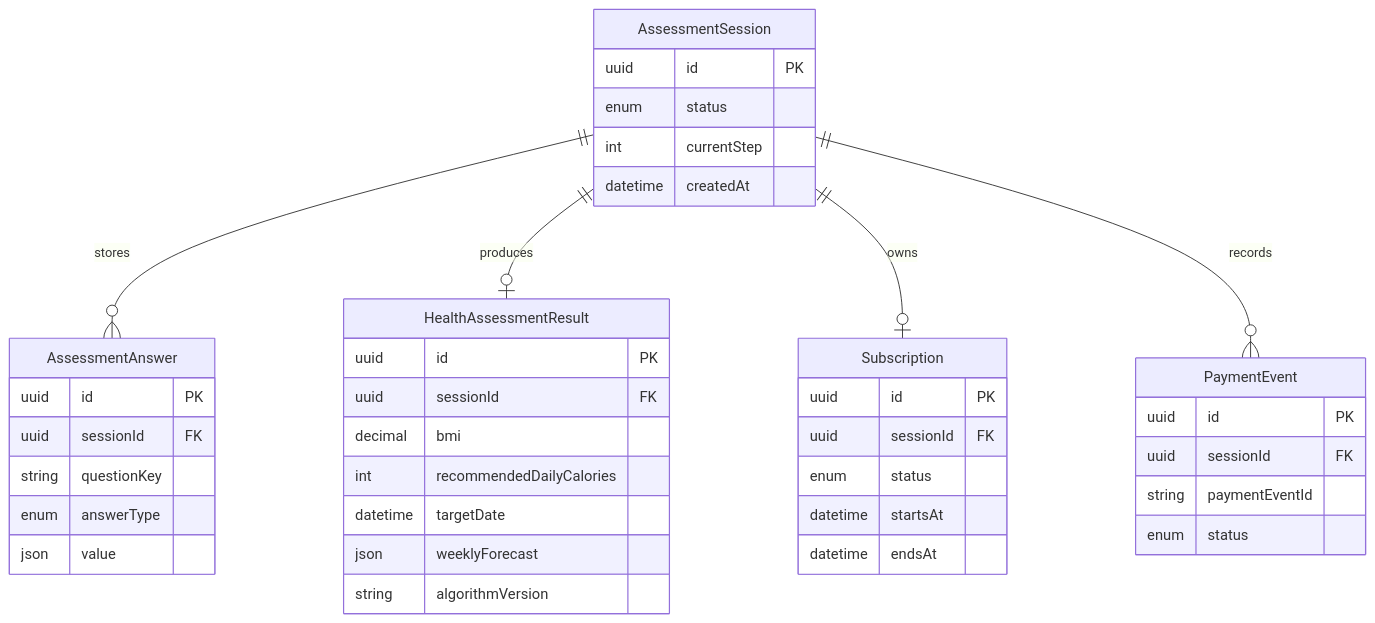
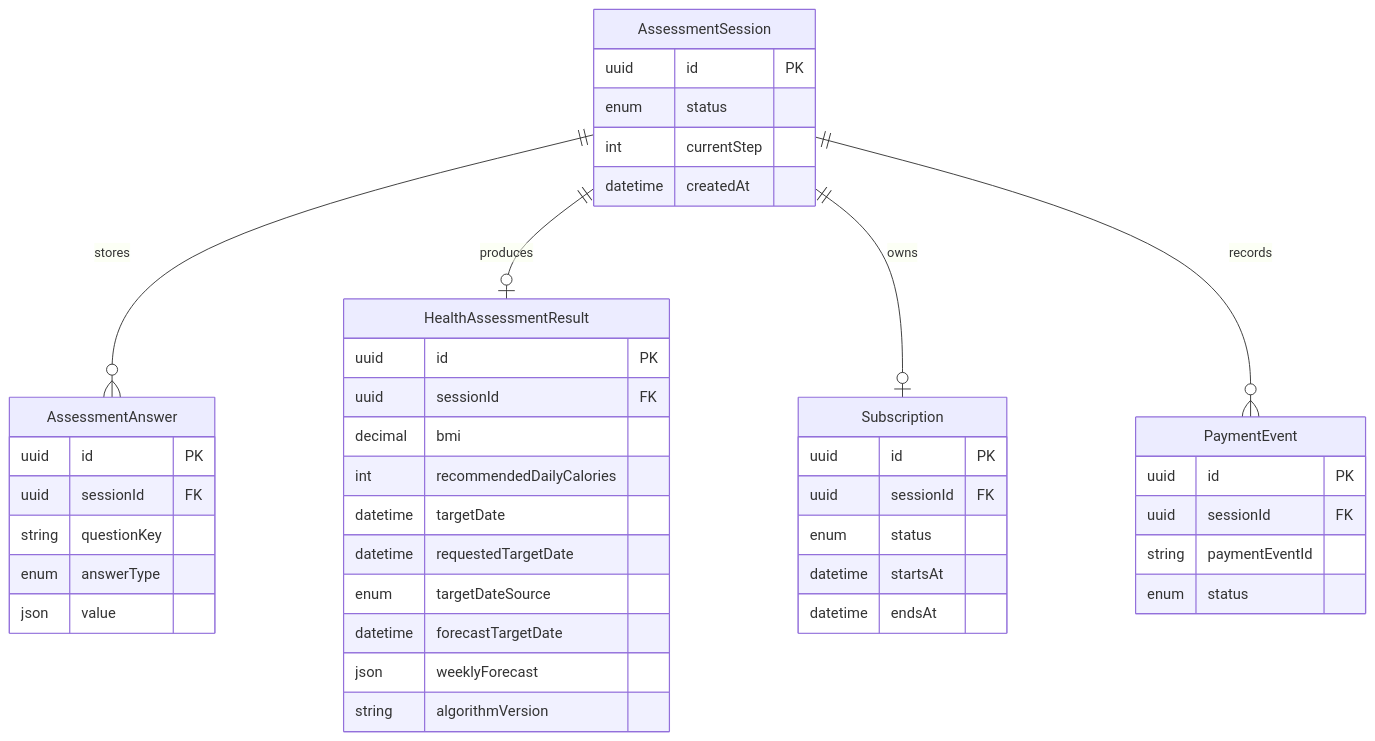
Before and after one commit to szyzed1128/health-assessment-funnel: the diagram in README.md, drawn with Mermaid. The commit also changed other lines of this file and 44 other files, not shown here.

````diff
--- a/README.md
+++ b/README.md
@@ -106,43 +115,46 @@
 ```mermaid
 erDiagram
   AssessmentSession ||--o{ AssessmentAnswer : stores
   AssessmentSession ||--o| HealthAssessmentResult : produces
   AssessmentSession ||--o| Subscription : owns
   AssessmentSession ||--o{ PaymentEvent : records
 
   AssessmentSession {
     uuid id PK
     enum status
     int currentStep
     datetime createdAt
   }
   AssessmentAnswer {
     uuid id PK
     uuid sessionId FK
     string questionKey
     enum answerType
     json value
   }
   HealthAssessmentResult {
     uuid id PK
     uuid sessionId FK
     decimal bmi
     int recommendedDailyCalories
     datetime targetDate
+    datetime requestedTargetDate
+    enum targetDateSource
+    datetime forecastTargetDate
     json weeklyForecast
     string algorithmVersion
   }
   Subscription {
     uuid id PK
     uuid sessionId FK
     enum status
     datetime startsAt
     datetime endsAt
   }
   PaymentEvent {
     uuid id PK
     uuid sessionId FK
     string paymentEventId
     enum status
   }
 ```
````
